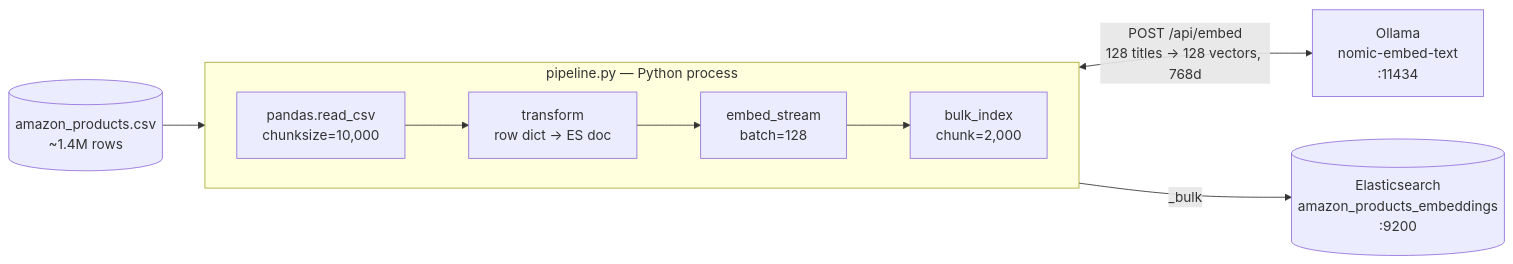
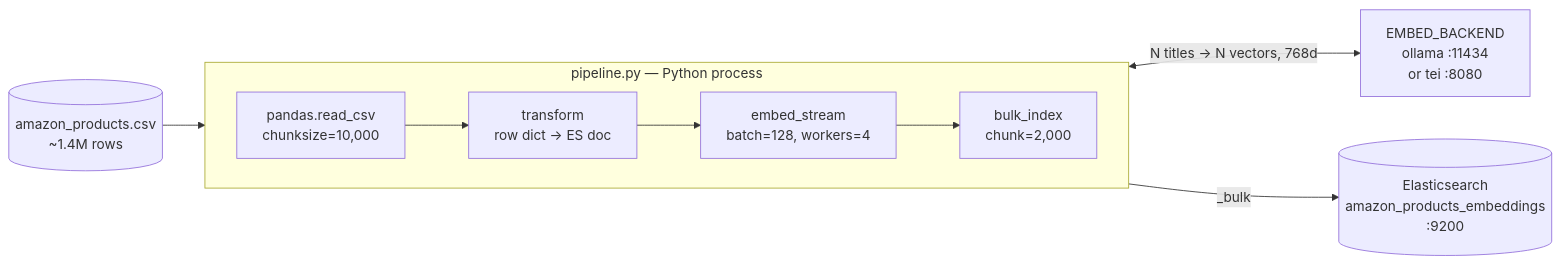
Before and after one commit to Guillaume-Gozillon/search-lab-ingest: the first of 2 diagrams in article-02-vector-ingestion/README.md, drawn with Mermaid. The commit also changed other lines of this file and 18 other files, not shown here.

First line of the commit message:
Add a TEI backend and run the embedding stage concurrently

````diff
--- a/article-02-vector-ingestion/README.md
+++ b/article-02-vector-ingestion/README.md
@@ -13,18 +13,18 @@
 ```mermaid
 flowchart LR
     CSV[("amazon_products.csv<br/>~1.4M rows")]
     subgraph PY["pipeline.py — Python process"]
         direction LR
         READ["pandas.read_csv<br/>chunksize=10,000"]
         TRANSFORM["transform<br/>row dict → ES doc"]
-        EMBED["embed_stream<br/>batch=128"]
+        EMBED["embed_stream<br/>batch=128, workers=4"]
         BULK["bulk_index<br/>chunk=2,000"]
         READ --> TRANSFORM --> EMBED --> BULK
     end
-    OLLAMA["Ollama<br/>nomic-embed-text<br/>:11434"]
+    BACKEND["EMBED_BACKEND<br/>ollama :11434<br/>or tei :8080"]
     ES[("Elasticsearch<br/>amazon_products_embeddings<br/>:9200")]
 
     CSV --> READ
-    EMBED <-->|"POST /api/embed<br/>128 titles → 128 vectors, 768d"| OLLAMA
+    EMBED <-->|"N titles → N vectors, 768d"| BACKEND
     BULK -->|"_bulk"| ES
 ```
````
